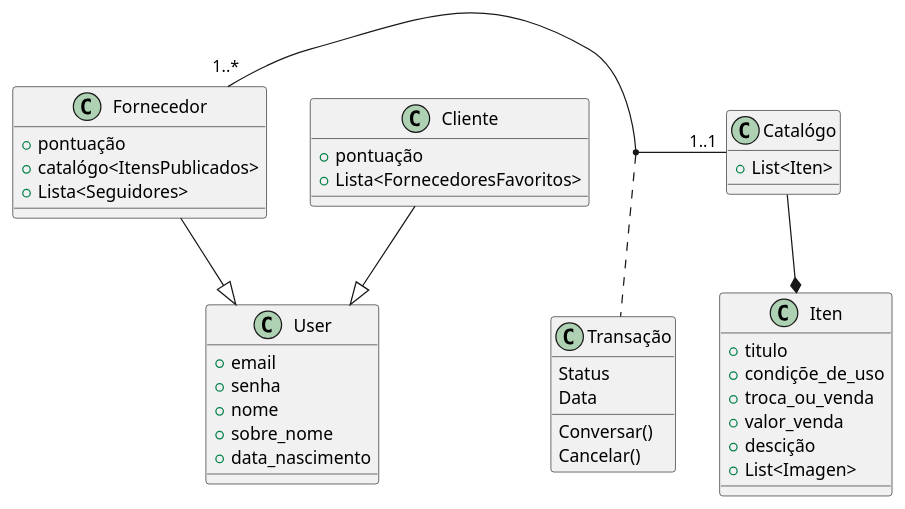
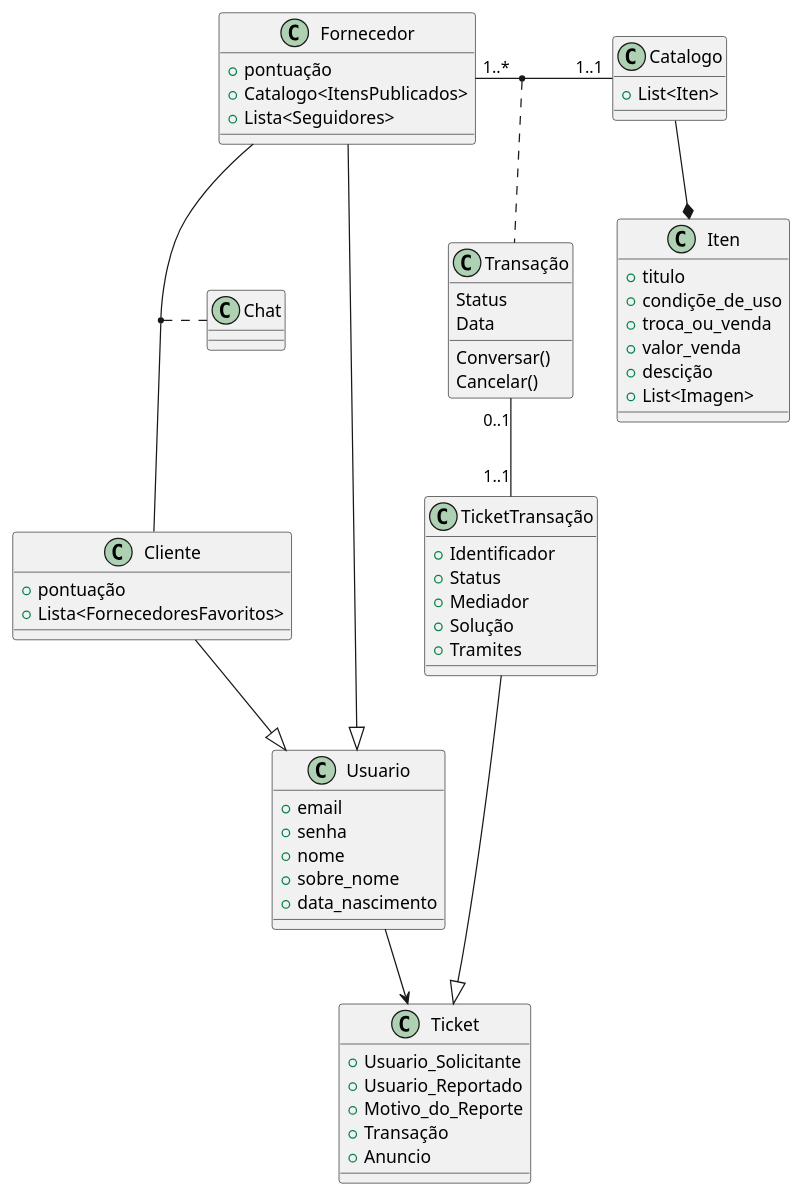
Before and after one commit to thiagosantos346/PS-ES-2019-2-Escambo: the diagram in 2.Análise/2.3.DCAD/DCAD.puml, drawn with PlantUML.

Commit message:
Add more itens

```diff
--- a/2.Análise/2.3.DCAD/DCAD.puml
+++ b/2.Análise/2.3.DCAD/DCAD.puml
@@ -1,48 +1,71 @@
-@startuml
+@startuml diabgrama
 
-Fornecedor --|> User
-Cliente --|> User
-Catalógo --* Iten
-Fornecedor "1..*" - "1..1" Catalógo
-(Fornecedor, Catalógo) ... Transação
+Fornecedor --|> Usuario
+Cliente --|> Usuario
+Catalogo --* Iten
+TicketTransação --|> Ticket
+
+Usuario --> Ticket
+
+Fornecedor "1..*" - "1..1" Catalogo
+(Fornecedor, Catalogo) ... Transação
+(Fornecedor, Cliente) ... Chat
+Transação "0..1" - "1..1"  TicketTransação
 
 class Transação{
     Status
     Data
     Conversar()
     Cancelar()
 }
 
-class User {
+class Usuario {
   + email
   + senha
   + nome
   + sobre_nome
   + data_nascimento
 }
 
 class Fornecedor {
   + pontuação
-  + catalógo<ItensPublicados>
+  + Catalogo<ItensPublicados>
   + Lista<Seguidores>
 }
 
 class Cliente {
   + pontuação
   + Lista<FornecedoresFavoritos>
 }
 
 class Iten {
    + titulo
    + condiçõe_de_uso
    + troca_ou_venda
    + valor_venda
    + descição
    + List<Imagen> 
 }
 
-class Catalógo {
-    + List<Iten>
+class Catalogo {
+  + List<Iten>
+}
+
+class Ticket {
+  + Usuario_Solicitante
+  + Usuario_Reportado
+  + Motivo_do_Reporte
+  + Transação
+  + Anuncio
+
+}
+
+class TicketTransação{
+  + Identificador
+  + Status
+  + Mediador
+  + Solução
+  + Tramites
 }
 
 @enduml
```
